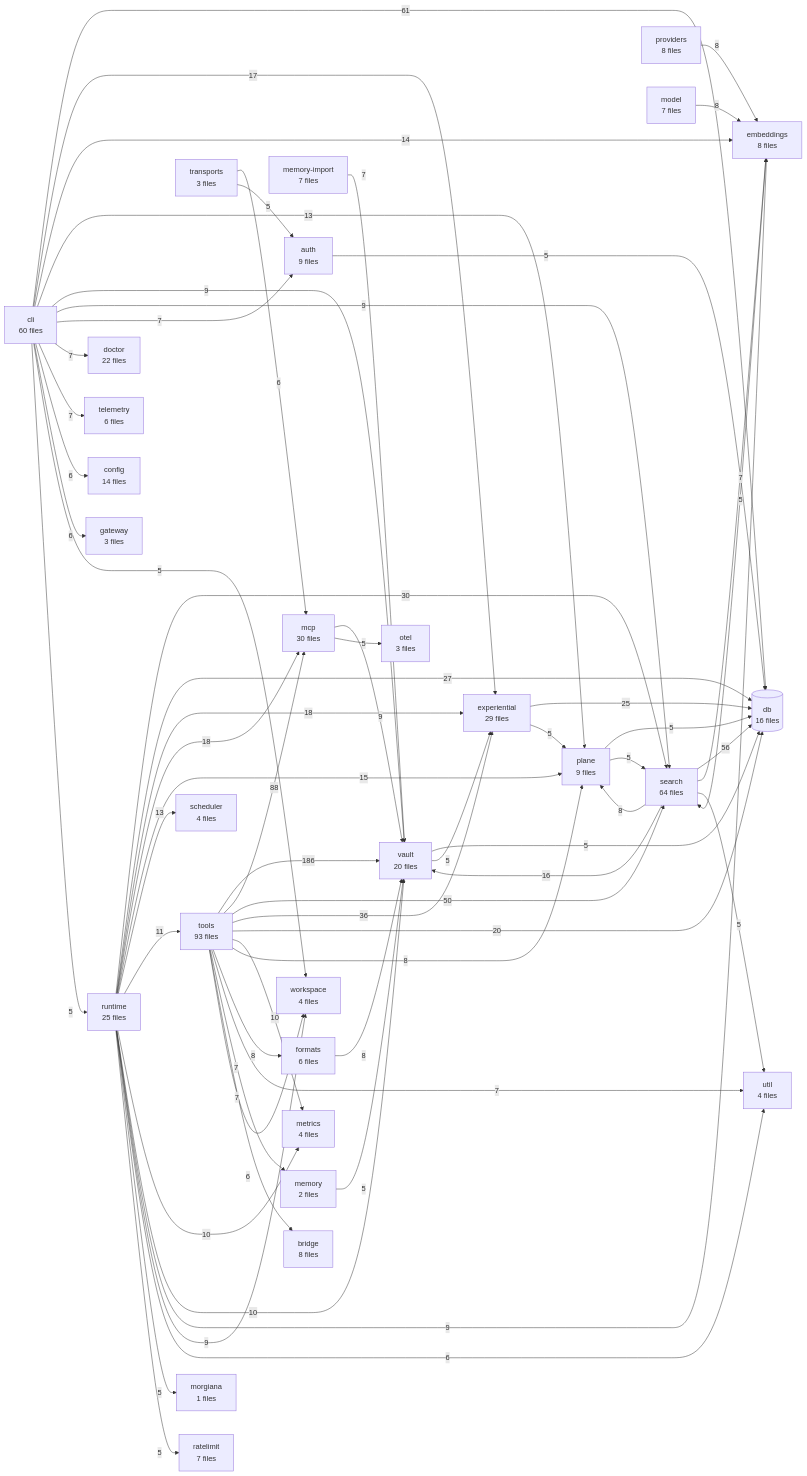
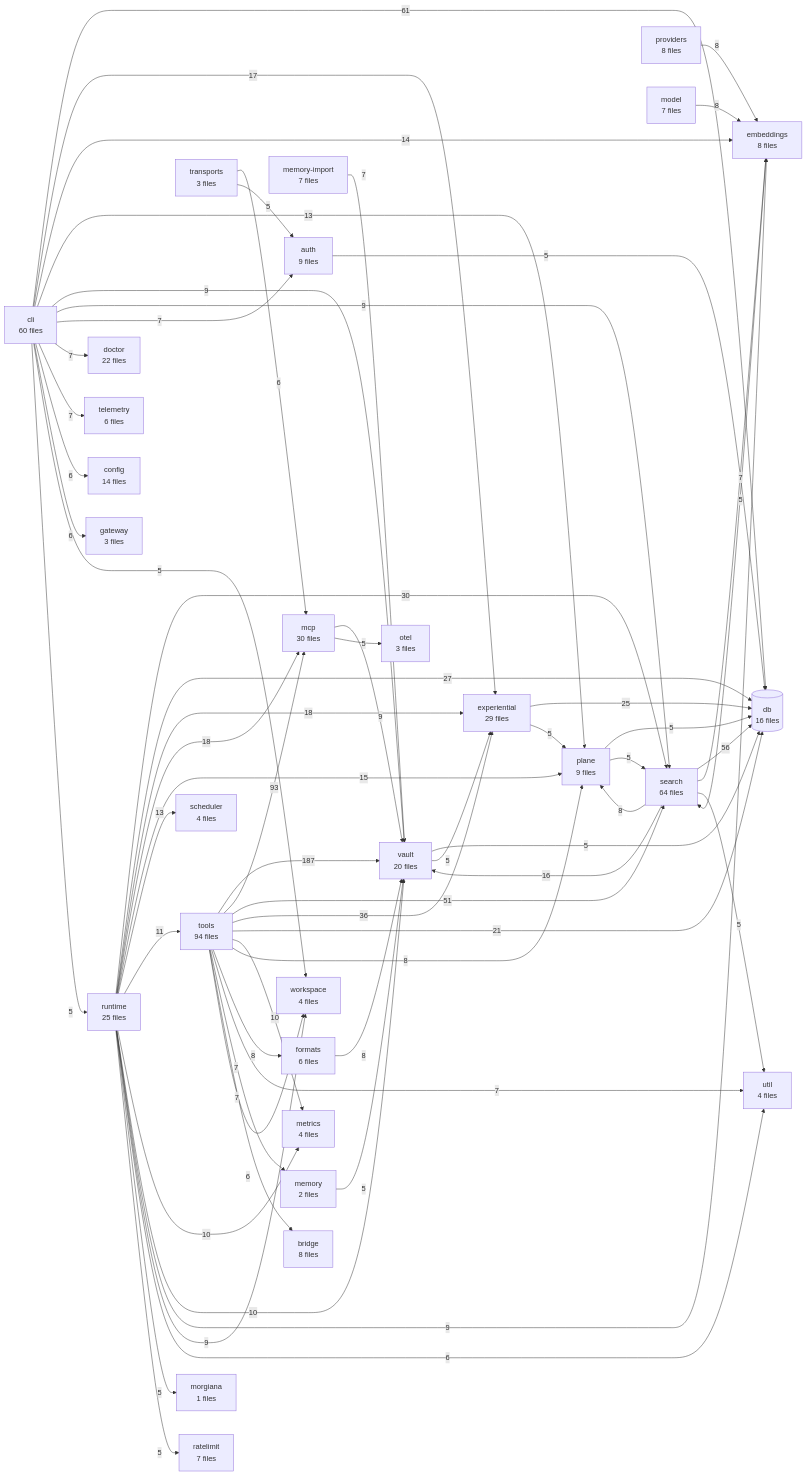
Before and after one commit to The-40-Thieves/obsidian-tc: the diagram in TREE.md, drawn with Mermaid. The commit also changed other lines of this file and 28 other files, not shown here.

````diff
--- a/TREE.md
+++ b/TREE.md
@@ -329,6 +329,6 @@
 ```mermaid
 flowchart LR
-  tools[tools<br/>93 files]
+  tools[tools<br/>94 files]
   search[search<br/>64 files]
   cli[cli<br/>60 files]
   mcp[mcp<br/>30 files]
@@ -358,16 +358,16 @@
   memory[memory<br/>2 files]
   morgiana[morgiana<br/>1 files]
 
-  tools -->|186| vault
-  tools -->|88| mcp
+  tools -->|187| vault
+  tools -->|93| mcp
   cli -->|61| db
   search -->|56| db
-  tools -->|50| search
+  tools -->|51| search
   tools -->|36| experiential
   runtime -->|30| search
   runtime -->|27| db
   experiential -->|25| db
-  tools -->|20| db
+  tools -->|21| db
   runtime -->|18| experiential
   runtime -->|18| mcp
   cli -->|17| experiential
````
